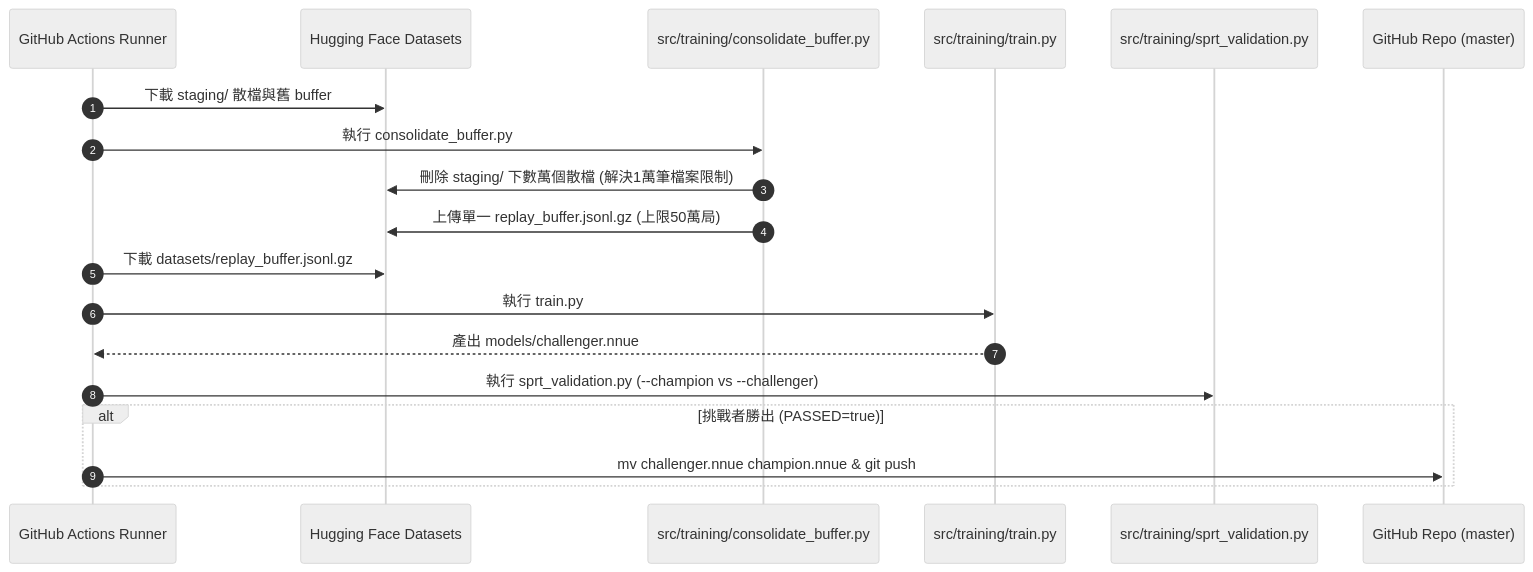
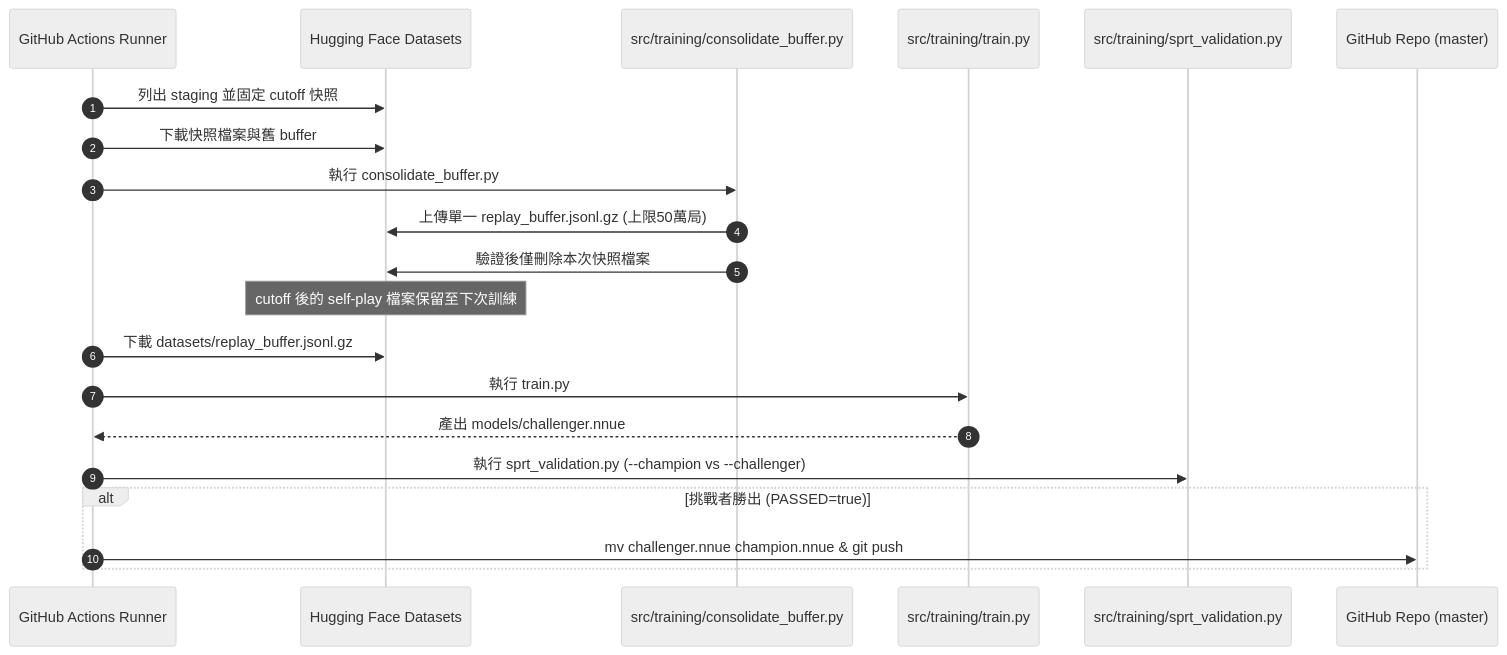
The second of 2 diagrams in docs/requirements/07_GitHub_Actions_執行流程與腳本對照.md (hub-google/DarkChess-NNUE), drawn with Mermaid (neutral theme) before and after one commit. The commit also changed other lines of this file and 6 other files, not shown here.

````diff
--- a/docs/requirements/07_GitHub_Actions_執行流程與腳本對照.md
+++ b/docs/requirements/07_GitHub_Actions_執行流程與腳本對照.md
@@ -65,22 +67,24 @@
 ```mermaid
 sequenceDiagram
     autonumber
     participant Runner as GitHub Actions Runner
     participant HF as Hugging Face Datasets
     participant PyConsolidate as src/training/consolidate_buffer.py
     participant PyTrain as src/training/train.py
     participant PySPRT as src/training/sprt_validation.py
     participant Git as GitHub Repo (master)
 
-    Runner->>HF: 下載 staging/ 散檔與舊 buffer
+    Runner->>HF: 列出 staging 並固定 cutoff 快照
+    Runner->>HF: 下載快照檔案與舊 buffer
     Runner->>PyConsolidate: 執行 consolidate_buffer.py
-    PyConsolidate->>HF: 刪除 staging/ 下數萬個散檔 (解決1萬筆檔案限制)
     PyConsolidate->>HF: 上傳單一 replay_buffer.jsonl.gz (上限50萬局)
+    PyConsolidate->>HF: 驗證後僅刪除本次快照檔案
+    Note over HF: cutoff 後的 self-play 檔案保留至下次訓練
     Runner->>HF: 下載 datasets/replay_buffer.jsonl.gz
     Runner->>PyTrain: 執行 train.py
     PyTrain-->>Runner: 產出 models/challenger.nnue
     Runner->>PySPRT: 執行 sprt_validation.py (--champion vs --challenger)
     alt 挑戰者勝出 (PASSED=true)
         Runner->>Git: mv challenger.nnue champion.nnue & git push
     end
 ```
````
